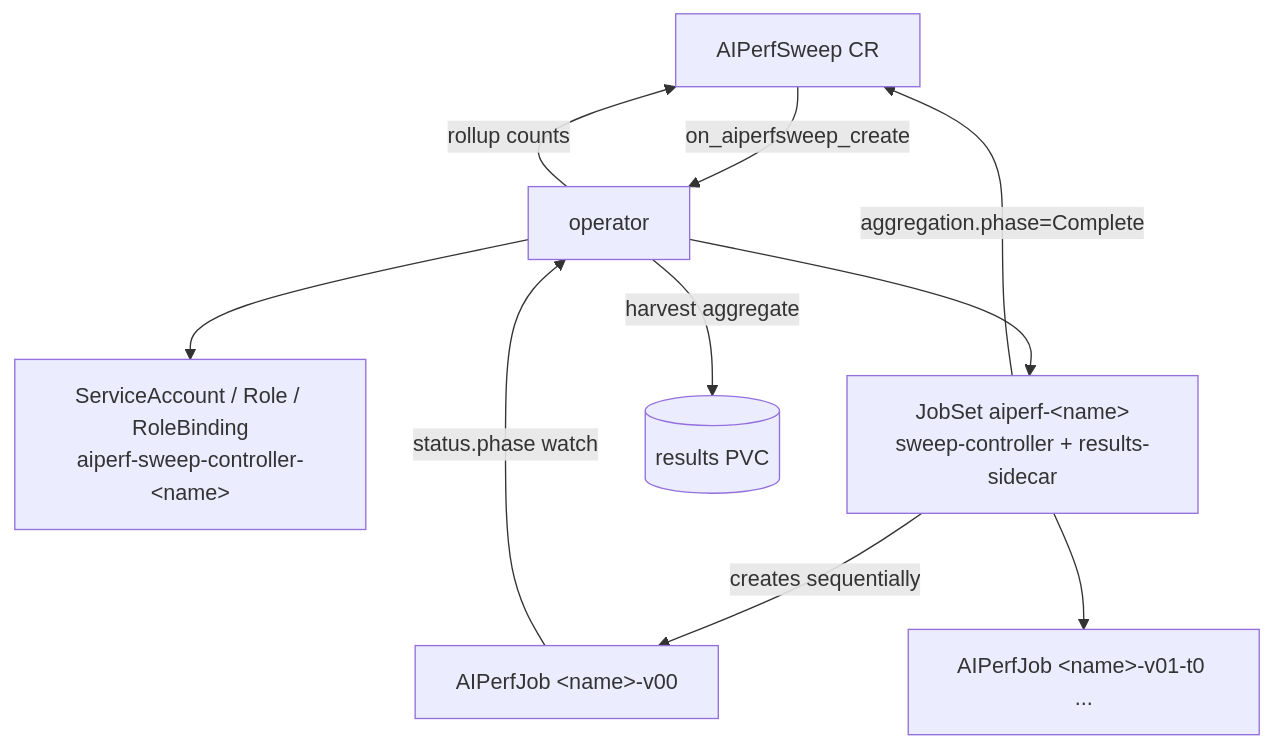
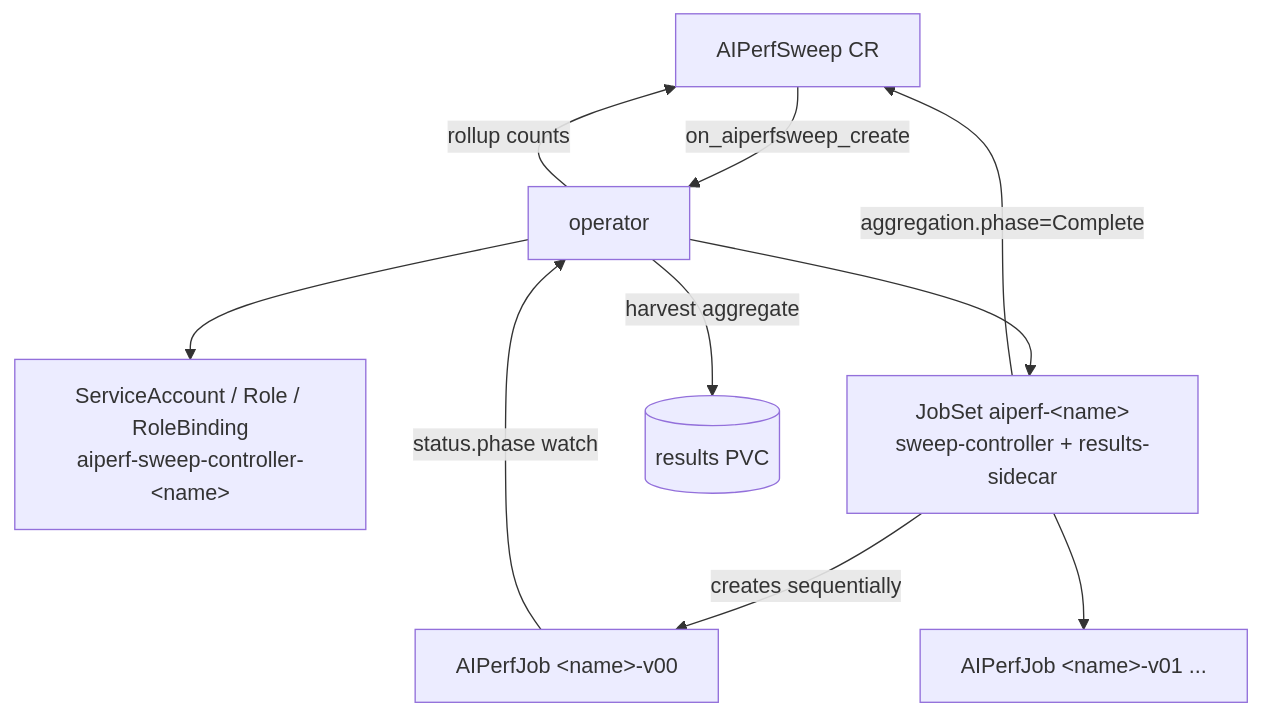
One commit to ai-dynamo/aiperf changed the seventh of 7 diagrams in docs/kubernetes/operator.md. Above: the diagram before and after it, drawn with Mermaid. The commit also changed other lines of this file, not shown here.

````diff
--- a/docs/kubernetes/operator.md
+++ b/docs/kubernetes/operator.md
@@ -738,12 +765,12 @@
 ```mermaid
 flowchart TB
     sw["AIPerfSweep CR"] -->|on_aiperfsweep_create| op["operator"]
     op --> rbac["ServiceAccount / Role / RoleBinding<br/>aiperf-sweep-controller-&lt;name&gt;"]
     op --> js["JobSet aiperf-&lt;name&gt;<br/>sweep-controller + results-sidecar"]
     js -->|"creates sequentially"| c1["AIPerfJob &lt;name&gt;-v00"]
-    js --> c2["AIPerfJob &lt;name&gt;-v01-t0 ..."]
+    js --> c2["AIPerfJob &lt;name&gt;-v01 ..."]
     c1 -->|"status.phase watch"| op
     op -->|"rollup counts"| sw
     js -->|"aggregation.phase=Complete"| sw
     op -->|"harvest aggregate"| pvc[("results PVC")]
 ```
````
